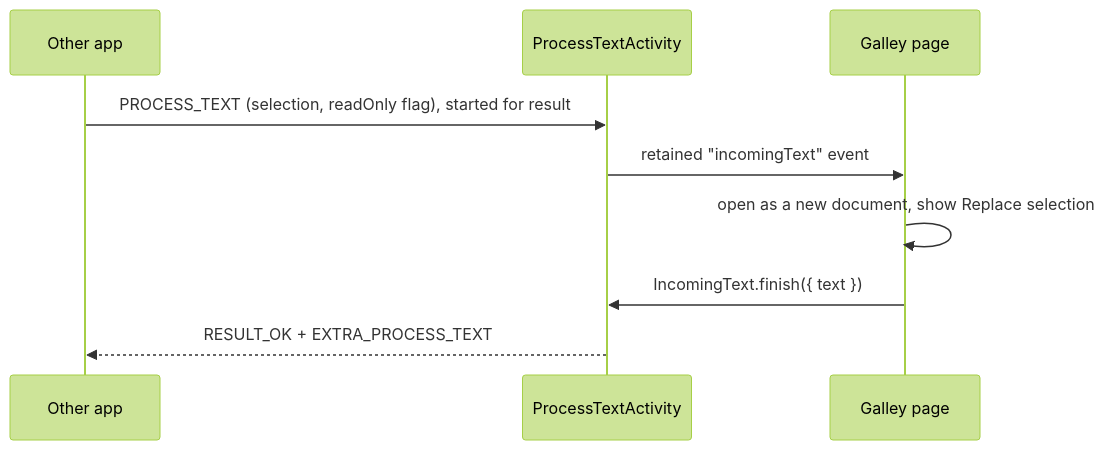
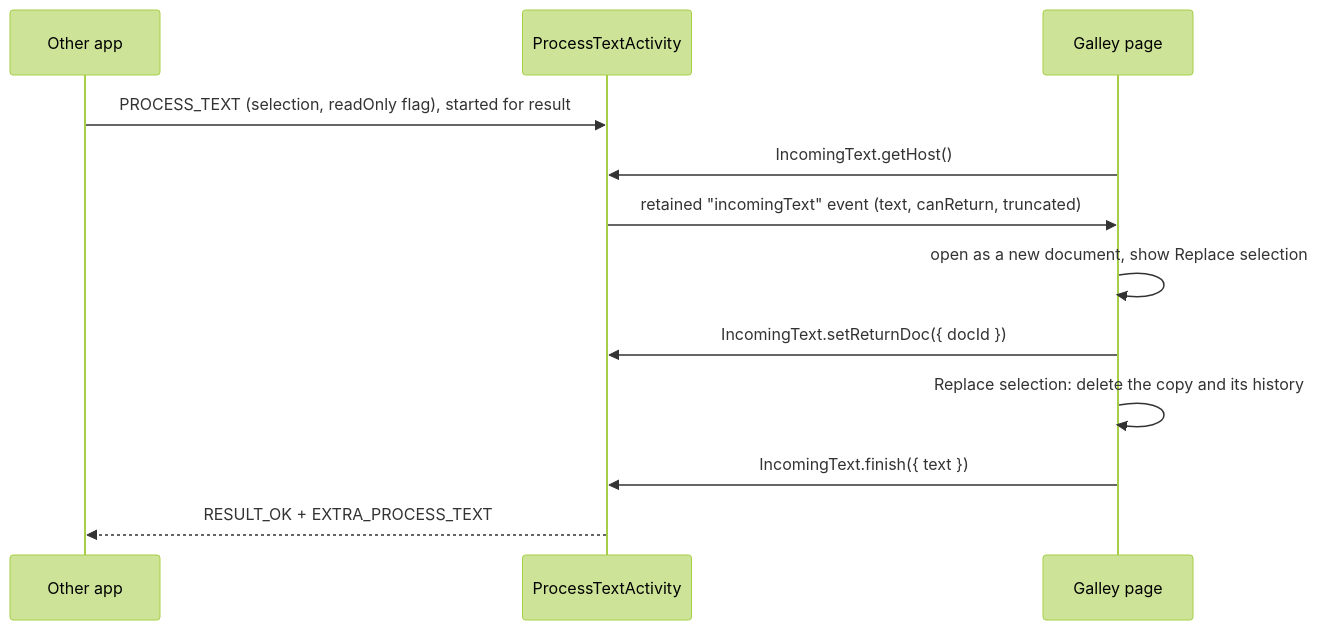
The third of 3 diagrams in examples/proofreader/ARCHITECTURE.md (mastersaib/ECC), drawn with Mermaid (forest theme) before and after one commit. The commit also changed other lines of this file and 25 other files, not shown here.

````diff
--- a/examples/proofreader/ARCHITECTURE.md
+++ b/examples/proofreader/ARCHITECTURE.md
@@ -247,11 +257,14 @@
 ```mermaid
 sequenceDiagram
   participant Other as Other app
   participant PTA as ProcessTextActivity
   participant Page as Galley page
   Other->>PTA: PROCESS_TEXT (selection, readOnly flag), started for result
-  PTA->>Page: retained "incomingText" event
+  Page->>PTA: IncomingText.getHost()
+  PTA->>Page: retained "incomingText" event (text, canReturn, truncated)
   Page->>Page: open as a new document, show Replace selection
+  Page->>PTA: IncomingText.setReturnDoc({ docId })
+  Page->>Page: Replace selection: delete the copy and its history
   Page->>PTA: IncomingText.finish({ text })
   PTA-->>Other: RESULT_OK + EXTRA_PROCESS_TEXT
 ```
````
